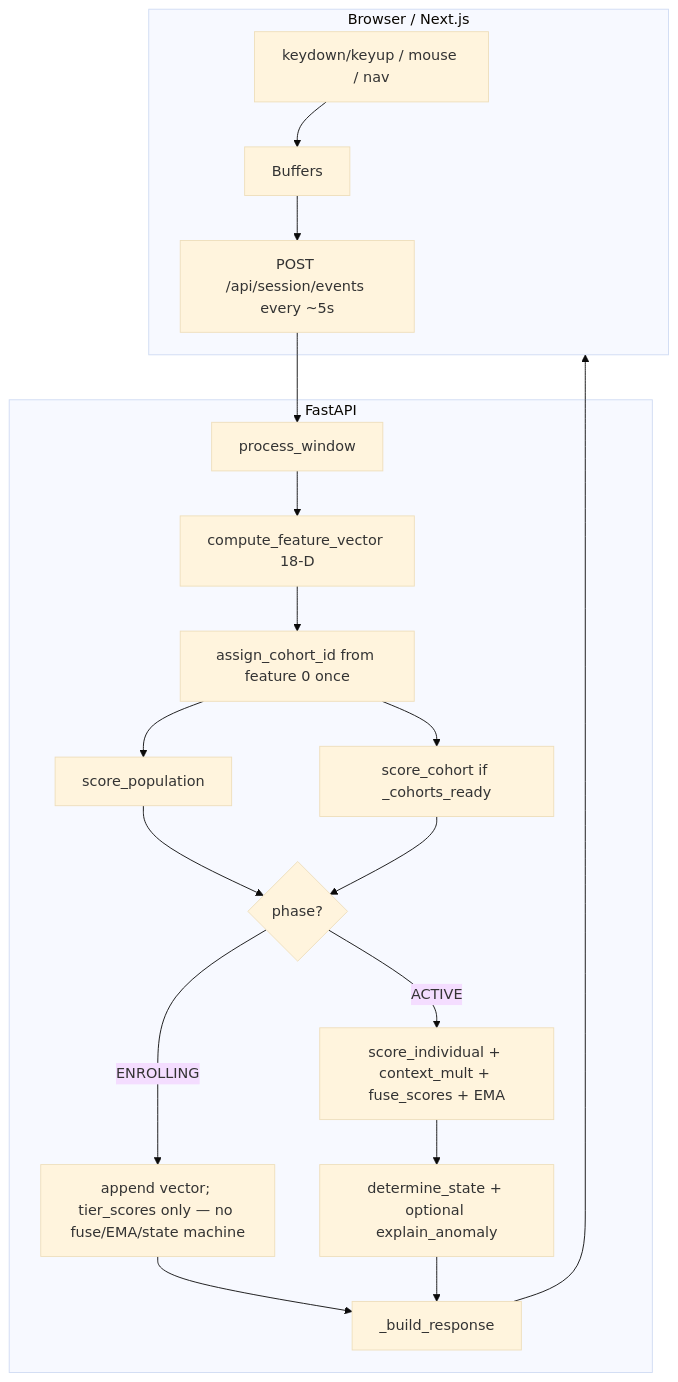
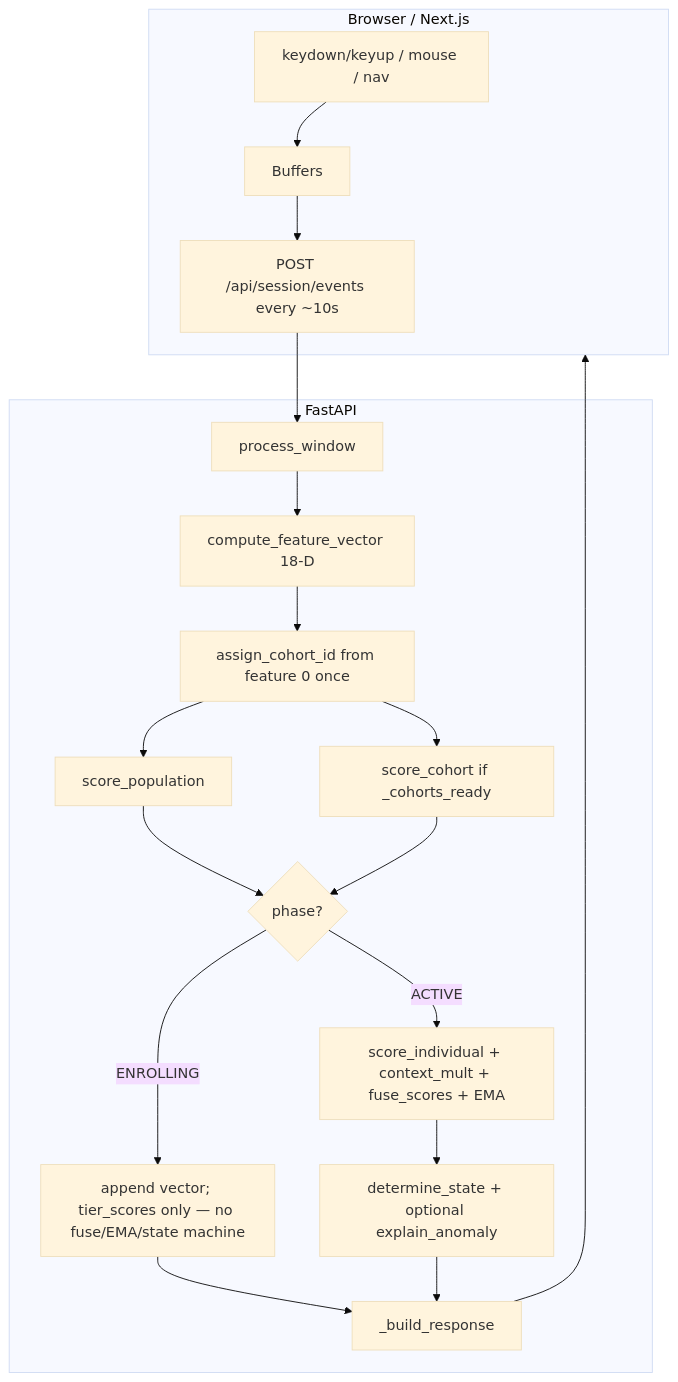
One commit to shaileshdev4/behaviour-guard changed the diagram in docs/DETECTION_SYSTEM.md. Above: the diagram before and after it, drawn with Mermaid (base theme). The commit also changed other lines of this file and 36 other files, not shown here.

````diff
--- a/docs/DETECTION_SYSTEM.md
+++ b/docs/DETECTION_SYSTEM.md
@@ -31,22 +31,22 @@
 ```mermaid
 flowchart TB
   subgraph browser [Browser / Next.js]
     A[keydown/keyup / mouse / nav] --> B[Buffers]
-    B --> C[POST /api/session/events every ~5s]
+    B --> C[POST /api/session/events every ~10s]
   end
   subgraph api [FastAPI]
     C --> E[process_window]
     E --> F[compute_feature_vector 18-D]
     F --> G[assign_cohort_id from feature 0 once]
     G --> H[score_population]
     G --> I[score_cohort if _cohorts_ready]
     H --> J{phase?}
     I --> J
     J -->|ENROLLING| K[append vector; tier_scores only — no fuse/EMA/state machine]
     J -->|ACTIVE| L[score_individual + context_mult + fuse_scores + EMA]
     K --> O[_build_response]
     L --> N[determine_state + optional explain_anomaly]
     N --> O
   end
   O --> browser
 ```
````
